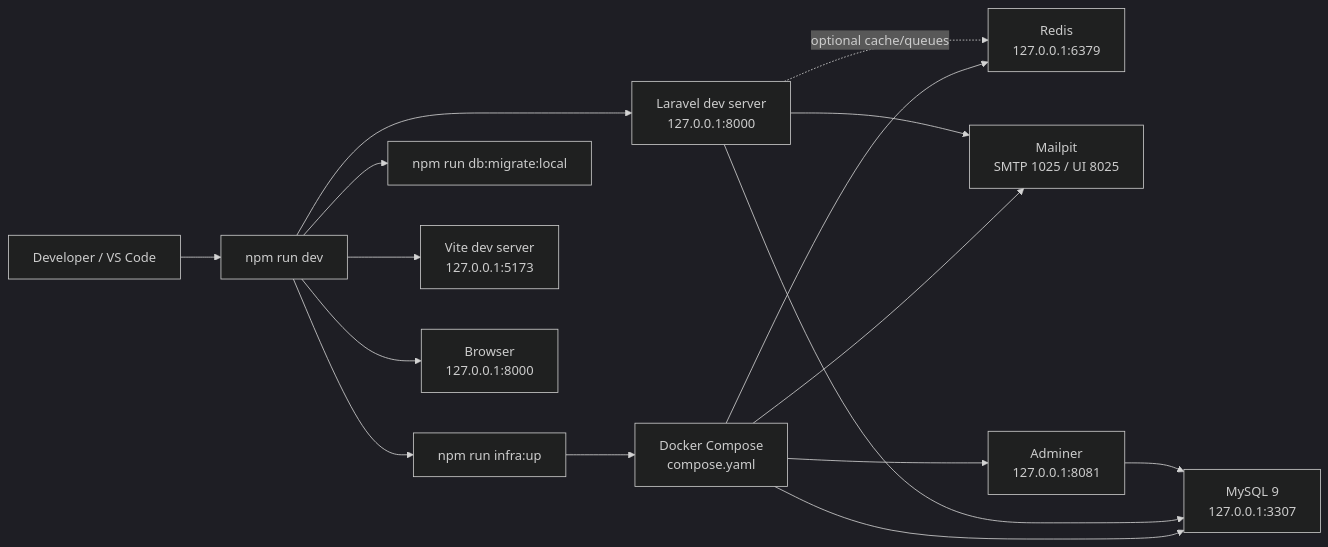
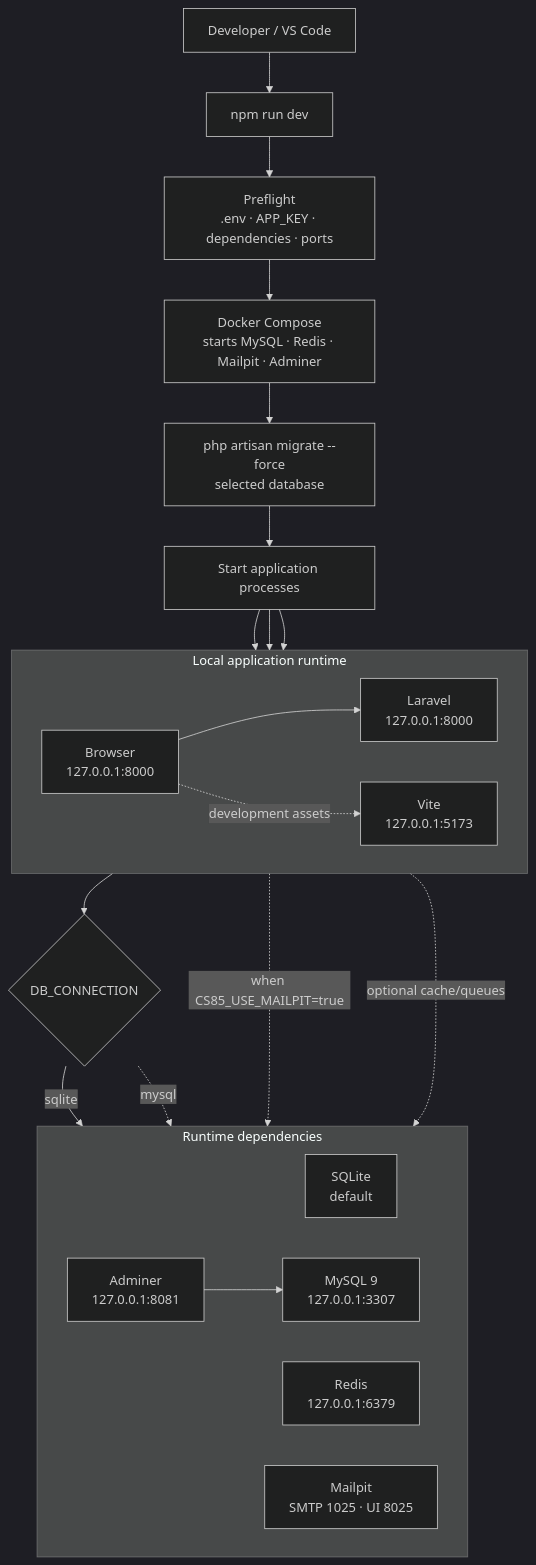
The diagram in README.md (sergehall/cs85-php-programming), drawn with Mermaid (dark theme) before and after one commit. The commit also changed other lines of this file, not shown here.

Commit message:
docs: clarify runtime architecture diagram

````diff
--- a/README.md
+++ b/README.md
@@ -270,20 +270,39 @@
 ```mermaid
-flowchart LR
-    Developer["Developer / VS Code"] --> Script["npm run dev"]
-    Script --> Infra["npm run infra:up"]
-    Script --> Migrate["npm run db:migrate:local"]
-    Script --> Laravel["Laravel dev server\n127.0.0.1:8000"]
-    Script --> Vite["Vite dev server\n127.0.0.1:5173"]
-    Script --> Browser["Browser\n127.0.0.1:8000"]
+flowchart TB
+    Developer["Developer / VS Code"] --> DevCommand["npm run dev"]
+    DevCommand --> Preflight["Preflight\n.env · APP_KEY · dependencies · ports"]
+    Preflight --> Compose["Docker Compose\nstarts MySQL · Redis · Mailpit · Adminer"]
+    Compose --> Migrate["php artisan migrate --force\nselected database"]
+    Migrate --> RuntimeStart["Start application processes"]
 
-    Infra --> Compose["Docker Compose\ncompose.yaml"]
-    Compose --> MySQL["MySQL 9\n127.0.0.1:3307"]
-    Compose --> Redis["Redis\n127.0.0.1:6379"]
-    Compose --> Mailpit["Mailpit\nSMTP 1025 / UI 8025"]
-    Compose --> Adminer["Adminer\n127.0.0.1:8081"]
+    subgraph Runtime["Local application runtime"]
+        direction LR
+        Laravel["Laravel\n127.0.0.1:8000"]
+        Vite["Vite\n127.0.0.1:5173"]
+        Browser["Browser\n127.0.0.1:8000"]
+    end
 
-    Laravel --> MySQL
-    Laravel --> Mailpit
+    RuntimeStart --> Laravel
+    RuntimeStart --> Vite
+    RuntimeStart --> Browser
+
+    Browser --> Laravel
+    Browser -. "development assets" .-> Vite
+
+    Laravel --> DatabaseMode{"DB_CONNECTION"}
+
+    subgraph Dependencies["Runtime dependencies"]
+        direction LR
+        SQLite["SQLite\ndefault"]
+        MySQL["MySQL 9\n127.0.0.1:3307"]
+        Redis["Redis\n127.0.0.1:6379"]
+        Mailpit["Mailpit\nSMTP 1025 · UI 8025"]
+        Adminer["Adminer\n127.0.0.1:8081"]
+    end
+
+    DatabaseMode -->|"sqlite"| SQLite
+    DatabaseMode -. "mysql" .-> MySQL
+    Laravel -. "when CS85_USE_MAILPIT=true" .-> Mailpit
     Laravel -. "optional cache/queues" .-> Redis
     Adminer --> MySQL
 ```
````
